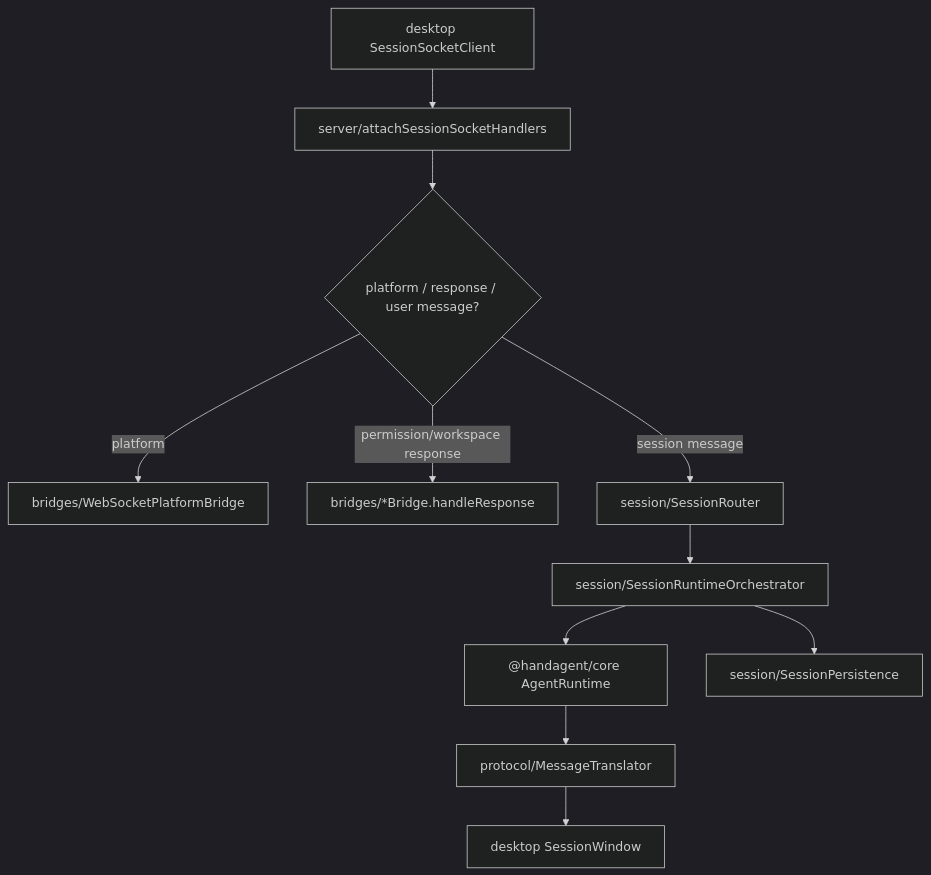
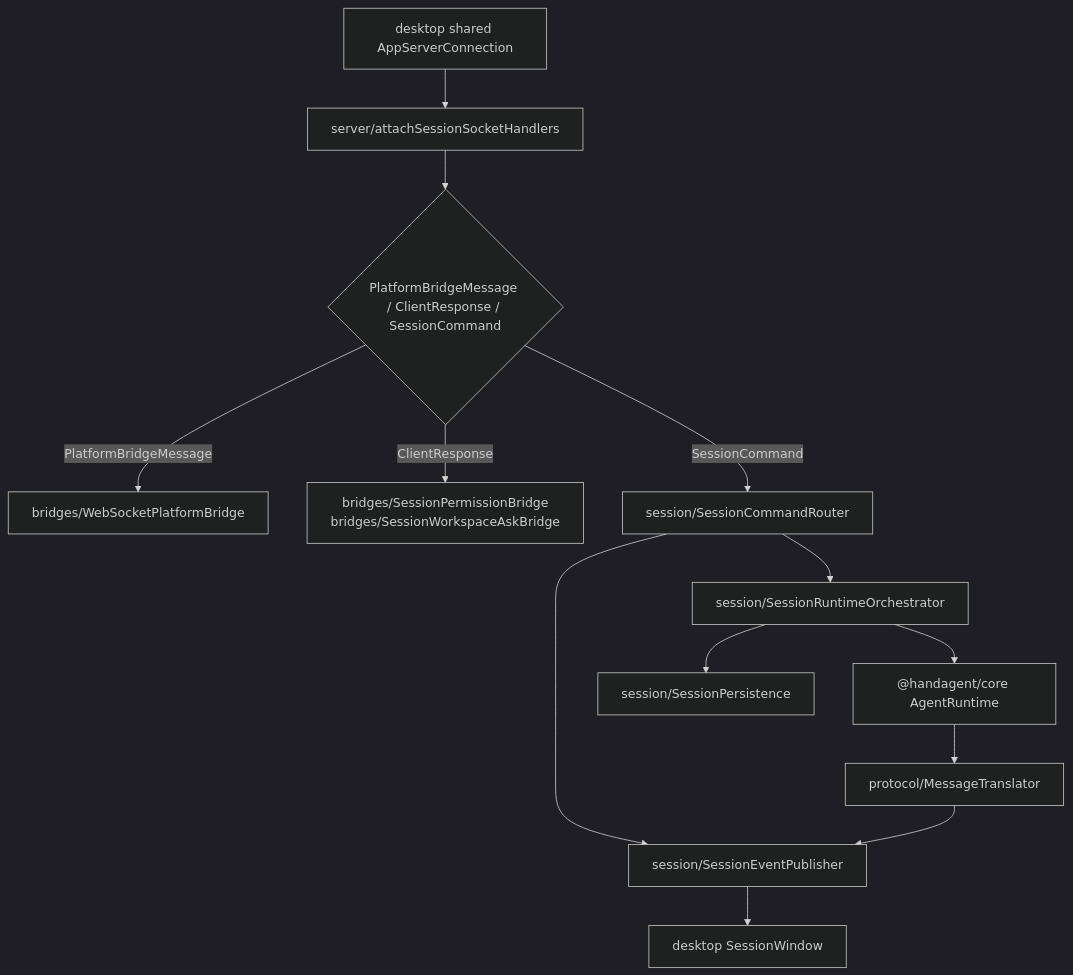
Before and after one commit to Lixuhang987/SpotAgent: the second of 2 diagrams in apps/agent-server/agent-server.md, drawn with Mermaid (dark theme). The commit also changed other lines of this file and 38 other files, not shown here.

Commit message:
refactor session flow to shared connection and command-event protocol

````diff
--- a/apps/agent-server/agent-server.md
+++ b/apps/agent-server/agent-server.md
@@ -44,13 +44,15 @@
 ```mermaid
 flowchart TD
-  A["desktop SessionSocketClient"] --> B["server/attachSessionSocketHandlers"]
-  B --> C{"platform / response / user message?"}
-  C -- "platform" --> D["bridges/WebSocketPlatformBridge"]
-  C -- "permission/workspace response" --> E["bridges/*Bridge.handleResponse"]
-  C -- "session message" --> F["session/SessionRouter"]
+  A["desktop shared AppServerConnection"] --> B["server/attachSessionSocketHandlers"]
+  B --> C{"PlatformBridgeMessage / ClientResponse / SessionCommand"}
+  C -- "PlatformBridgeMessage" --> D["bridges/WebSocketPlatformBridge"]
+  C -- "ClientResponse" --> E["bridges/SessionPermissionBridge<br/>bridges/SessionWorkspaceAskBridge"]
+  C -- "SessionCommand" --> F["session/SessionCommandRouter"]
   F --> G["session/SessionRuntimeOrchestrator"]
-  G --> H["@handagent/core AgentRuntime"]
-  H --> I["protocol/MessageTranslator"]
-  I --> J["desktop SessionWindow"]
-  G --> K["session/SessionPersistence"]
+  F --> H["session/SessionEventPublisher"]
+  G --> I["@handagent/core AgentRuntime"]
+  I --> J["protocol/MessageTranslator"]
+  J --> H
+  H --> K["desktop SessionWindow"]
+  G --> L["session/SessionPersistence"]
 ```
````
